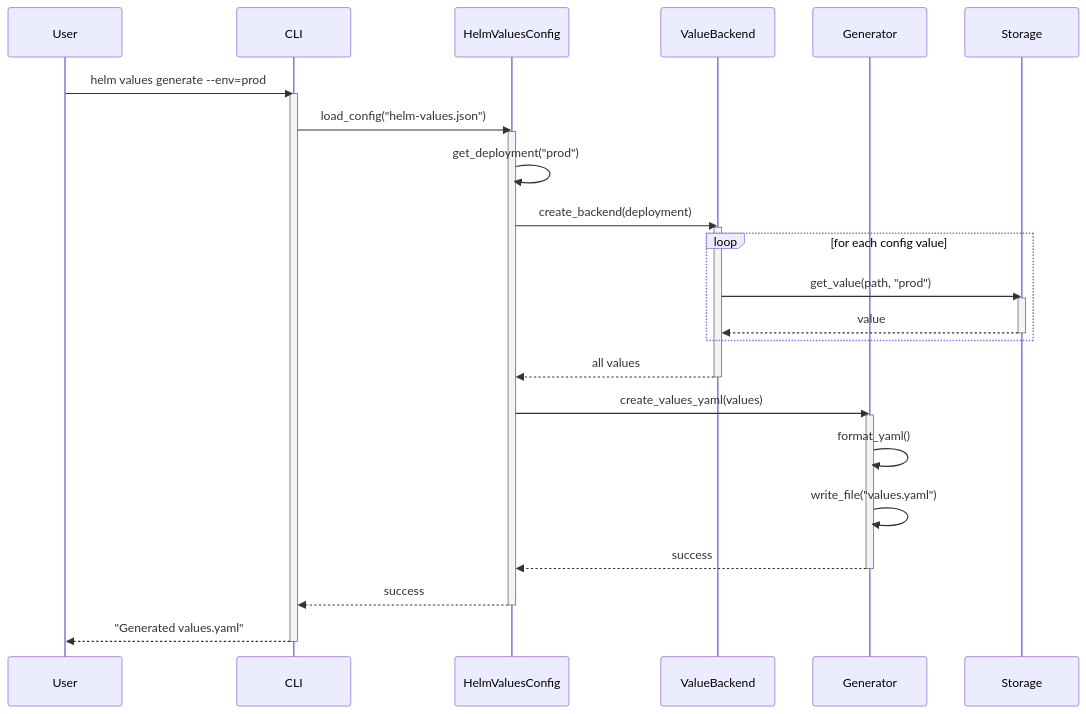
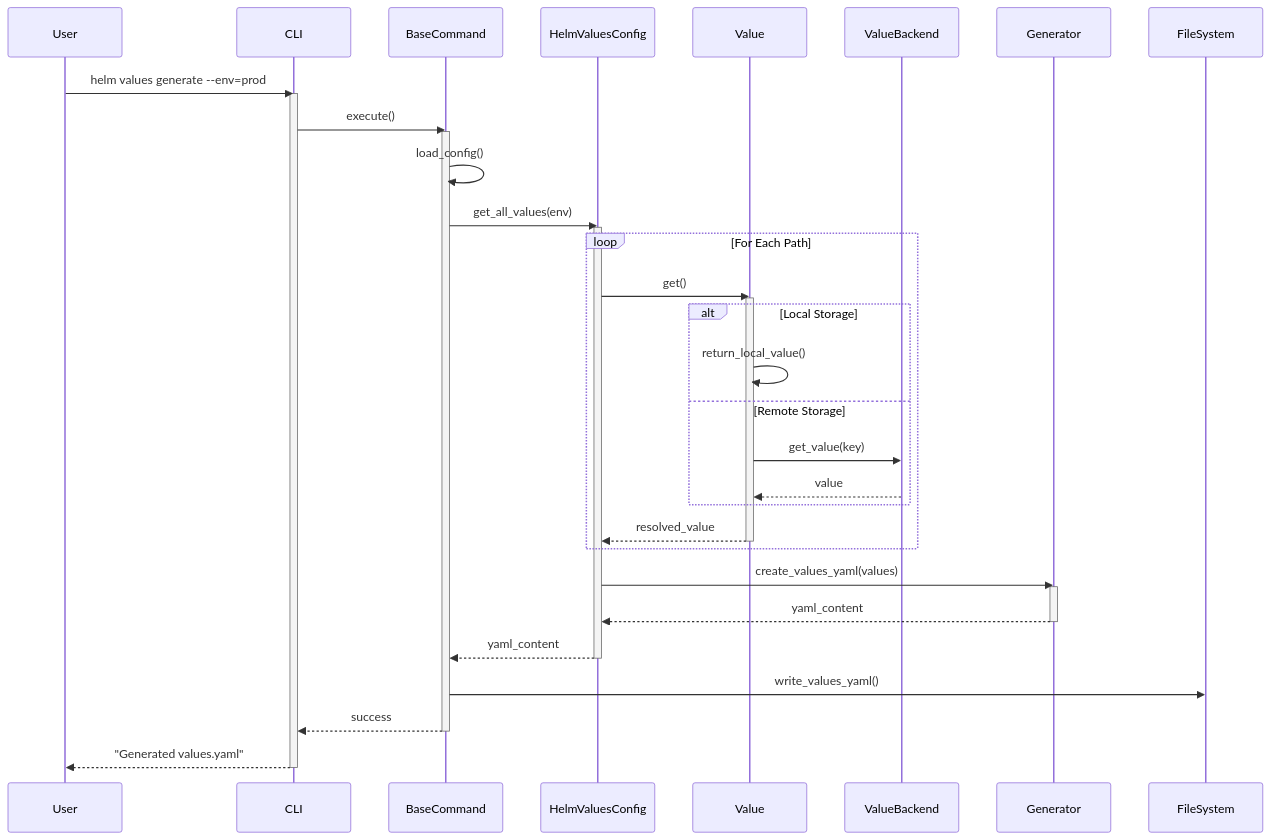
The seventh of 12 diagrams in docs/Design/sequence-diagrams.md (Zipstack/helm-values-manager), drawn with Mermaid before and after one commit. The commit also changed other lines of this file and 16 other files, not shown here.

````diff
--- a/docs/Design/sequence-diagrams.md
+++ b/docs/Design/sequence-diagrams.md
@@ -198,42 +284,50 @@
 ```mermaid
 sequenceDiagram
     participant User
     participant CLI
+    participant BaseCommand
     participant HelmValuesConfig
+    participant Value
     participant ValueBackend
     participant Generator
-    participant Storage
 
     User->>CLI: helm values generate --env=prod
     activate CLI
 
-    CLI->>HelmValuesConfig: load_config("helm-values.json")
+    CLI->>BaseCommand: execute()
+    activate BaseCommand
+
+    BaseCommand->>BaseCommand: load_config()
+    BaseCommand->>HelmValuesConfig: get_all_values(env)
     activate HelmValuesConfig
 
-    HelmValuesConfig->>HelmValuesConfig: get_deployment("prod")
-    HelmValuesConfig->>ValueBackend: create_backend(deployment)
-    activate ValueBackend
+    loop For Each Path
+        HelmValuesConfig->>Value: get()
+        activate Value
 
-    loop for each config value
-        ValueBackend->>Storage: get_value(path, "prod")
-        activate Storage
-        Storage-->>ValueBackend: value
-        deactivate Storage
+        alt Local Storage
+            Value->>Value: return_local_value()
+        else Remote Storage
+            Value->>ValueBackend: get_value(key)
+            ValueBackend-->>Value: value
+        end
+
+        Value-->>HelmValuesConfig: resolved_value
+        deactivate Value
     end
-
-    ValueBackend-->>HelmValuesConfig: all values
-    deactivate ValueBackend
 
     HelmValuesConfig->>Generator: create_values_yaml(values)
     activate Generator
-    Generator->>Generator: format_yaml()
-    Generator->>Generator: write_file("values.yaml")
-    Generator-->>HelmValuesConfig: success
+    Generator-->>HelmValuesConfig: yaml_content
     deactivate Generator
 
-    HelmValuesConfig-->>CLI: success
+    HelmValuesConfig-->>BaseCommand: yaml_content
     deactivate HelmValuesConfig
+
+    BaseCommand->>FileSystem: write_values_yaml()
+    BaseCommand-->>CLI: success
+    deactivate BaseCommand
 
     CLI-->>User: "Generated values.yaml"
     deactivate CLI
 ```
````
